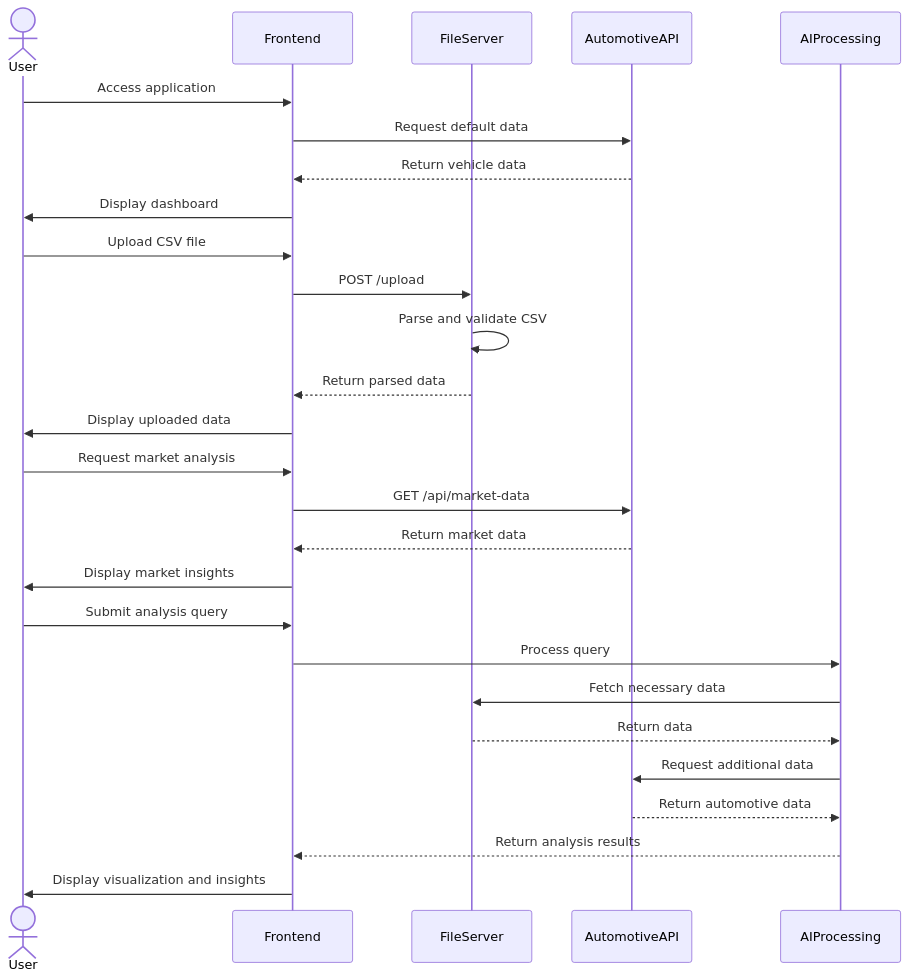
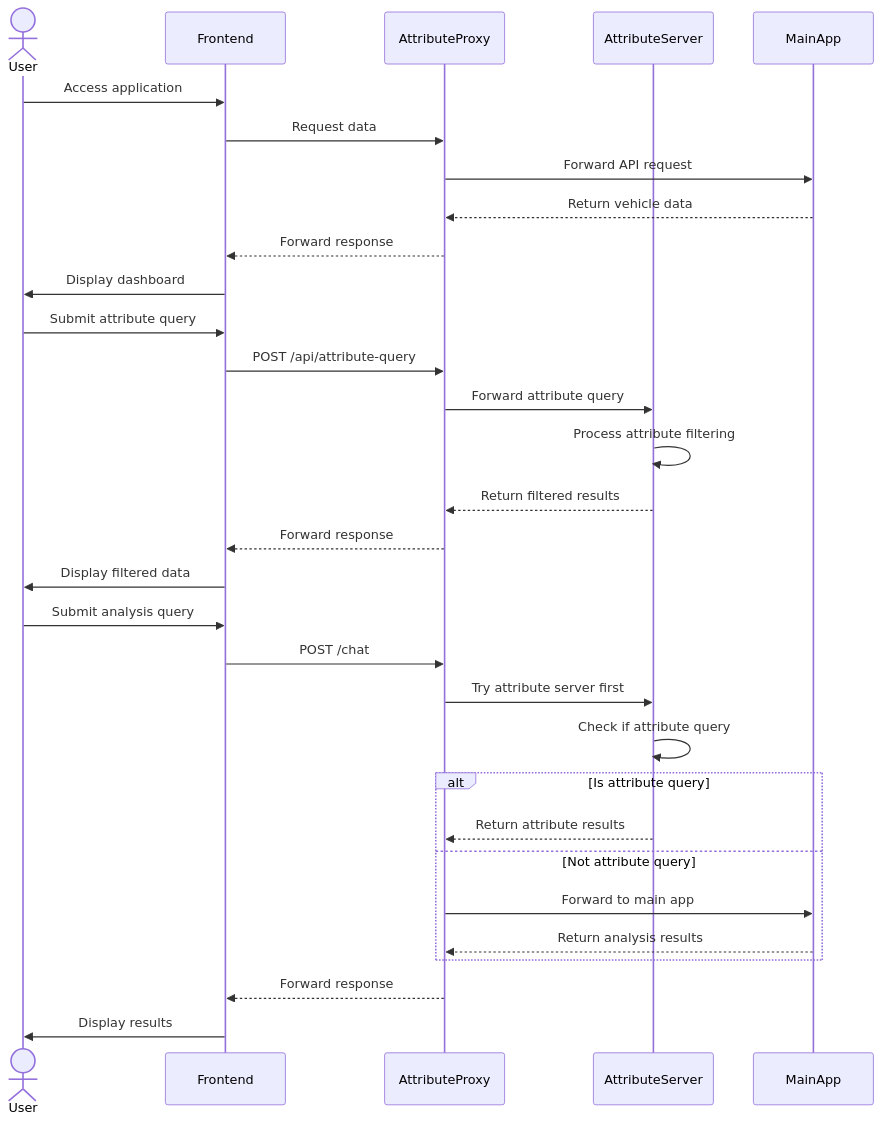
The second of 2 diagrams in docs/architecture.md (mondweep/Auto-Analyst), drawn with Mermaid before and after one commit. The commit also changed other lines of this file and 3 other files, not shown here.

````diff
--- a/docs/architecture.md
+++ b/docs/architecture.md
@@ -120,36 +146,40 @@
 ```mermaid
 sequenceDiagram
     actor User
     participant Frontend
-    participant FileServer
-    participant AutomotiveAPI
-    participant AIProcessing
+    participant AttributeProxy
+    participant AttributeServer
+    participant MainApp
 
     User->>Frontend: Access application
-    Frontend->>AutomotiveAPI: Request default data
-    AutomotiveAPI-->>Frontend: Return vehicle data
+    Frontend->>AttributeProxy: Request data
+    AttributeProxy->>MainApp: Forward API request
+    MainApp-->>AttributeProxy: Return vehicle data
+    AttributeProxy-->>Frontend: Forward response
     Frontend->>User: Display dashboard
 
-    %% File upload flow
-    User->>Frontend: Upload CSV file
-    Frontend->>FileServer: POST /upload
-    FileServer->>FileServer: Parse and validate CSV
-    FileServer-->>Frontend: Return parsed data
-    Frontend->>User: Display uploaded data
-
-    %% Automotive data analysis flow
-    User->>Frontend: Request market analysis
-    Frontend->>AutomotiveAPI: GET /api/market-data
-    AutomotiveAPI-->>Frontend: Return market data
-    Frontend->>User: Display market insights
+    %% Attribute query flow
+    User->>Frontend: Submit attribute query
+    Frontend->>AttributeProxy: POST /api/attribute-query
+    AttributeProxy->>AttributeServer: Forward attribute query
+    AttributeServer->>AttributeServer: Process attribute filtering
+    AttributeServer-->>AttributeProxy: Return filtered results
+    AttributeProxy-->>Frontend: Forward response
+    Frontend->>User: Display filtered data
 
     %% Chat query flow
     User->>Frontend: Submit analysis query
-    Frontend->>AIProcessing: Process query
-    AIProcessing->>FileServer: Fetch necessary data
-    FileServer-->>AIProcessing: Return data
-    AIProcessing->>AutomotiveAPI: Request additional data
-    AutomotiveAPI-->>AIProcessing: Return automotive data
-    AIProcessing-->>Frontend: Return analysis results
-    Frontend->>User: Display visualization and insights
+    Frontend->>AttributeProxy: POST /chat
+    AttributeProxy->>AttributeServer: Try attribute server first
+    AttributeServer->>AttributeServer: Check if attribute query
+    
+    alt Is attribute query
+        AttributeServer-->>AttributeProxy: Return attribute results
+    else Not attribute query
+        AttributeProxy->>MainApp: Forward to main app
+        MainApp-->>AttributeProxy: Return analysis results
+    end
+    
+    AttributeProxy-->>Frontend: Forward response
+    Frontend->>User: Display results
 ```
````
